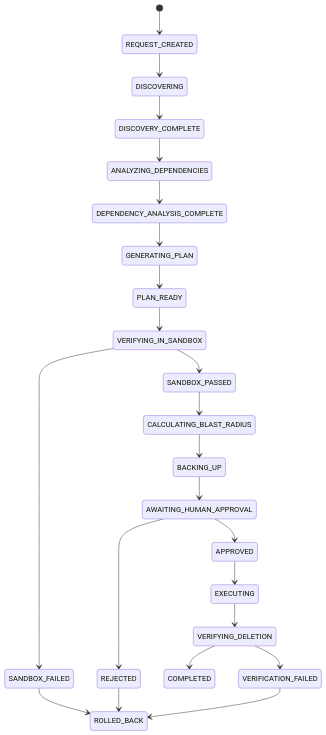
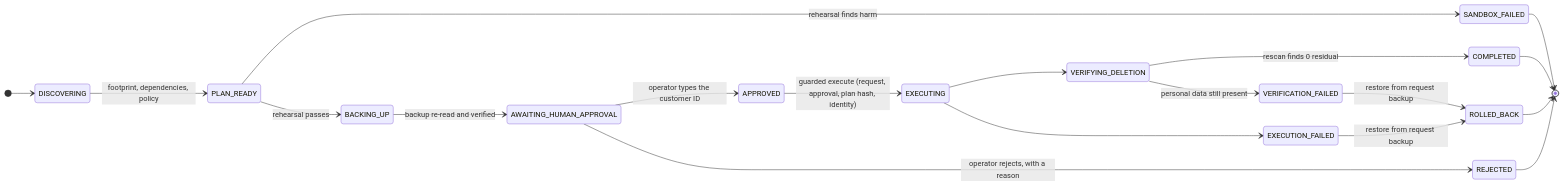
One commit to kartikeyajay2006/Wispr_goa_task changed the diagram in README.md. Above: the diagram before and after it, drawn with Mermaid. The commit also changed other lines of this file and 19 other files, not shown here.

````diff
--- a/README.md
+++ b/README.md
@@ -72,25 +60,22 @@
 ```mermaid
 stateDiagram-v2
-  [*] --> REQUEST_CREATED
-  REQUEST_CREATED --> DISCOVERING
-  DISCOVERING --> DISCOVERY_COMPLETE
-  DISCOVERY_COMPLETE --> ANALYZING_DEPENDENCIES
-  ANALYZING_DEPENDENCIES --> DEPENDENCY_ANALYSIS_COMPLETE
-  DEPENDENCY_ANALYSIS_COMPLETE --> GENERATING_PLAN
-  GENERATING_PLAN --> PLAN_READY
-  PLAN_READY --> VERIFYING_IN_SANDBOX
-  VERIFYING_IN_SANDBOX --> SANDBOX_PASSED
-  VERIFYING_IN_SANDBOX --> SANDBOX_FAILED
-  SANDBOX_PASSED --> CALCULATING_BLAST_RADIUS
-  CALCULATING_BLAST_RADIUS --> BACKING_UP
-  BACKING_UP --> AWAITING_HUMAN_APPROVAL
-  AWAITING_HUMAN_APPROVAL --> APPROVED
-  AWAITING_HUMAN_APPROVAL --> REJECTED
-  APPROVED --> EXECUTING
+  direction LR
+  [*] --> DISCOVERING
+  DISCOVERING --> PLAN_READY: footprint, dependencies, policy
+  PLAN_READY --> SANDBOX_FAILED: rehearsal finds harm
+  PLAN_READY --> BACKING_UP: rehearsal passes
+  BACKING_UP --> AWAITING_HUMAN_APPROVAL: backup re-read and verified
+  AWAITING_HUMAN_APPROVAL --> APPROVED: operator types the customer ID
+  AWAITING_HUMAN_APPROVAL --> REJECTED: operator rejects, with a reason
+  APPROVED --> EXECUTING: guarded execute (request, approval, plan hash, identity)
   EXECUTING --> VERIFYING_DELETION
-  VERIFYING_DELETION --> COMPLETED
-  VERIFYING_DELETION --> VERIFICATION_FAILED
-  SANDBOX_FAILED --> ROLLED_BACK
-  REJECTED --> ROLLED_BACK
-  VERIFICATION_FAILED --> ROLLED_BACK
+  EXECUTING --> EXECUTION_FAILED
+  VERIFYING_DELETION --> COMPLETED: rescan finds 0 residual
+  VERIFYING_DELETION --> VERIFICATION_FAILED: personal data still present
+  EXECUTION_FAILED --> ROLLED_BACK: restore from request backup
+  VERIFICATION_FAILED --> ROLLED_BACK: restore from request backup
+  SANDBOX_FAILED --> [*]
+  REJECTED --> [*]
+  COMPLETED --> [*]
+  ROLLED_BACK --> [*]
 ```
````
